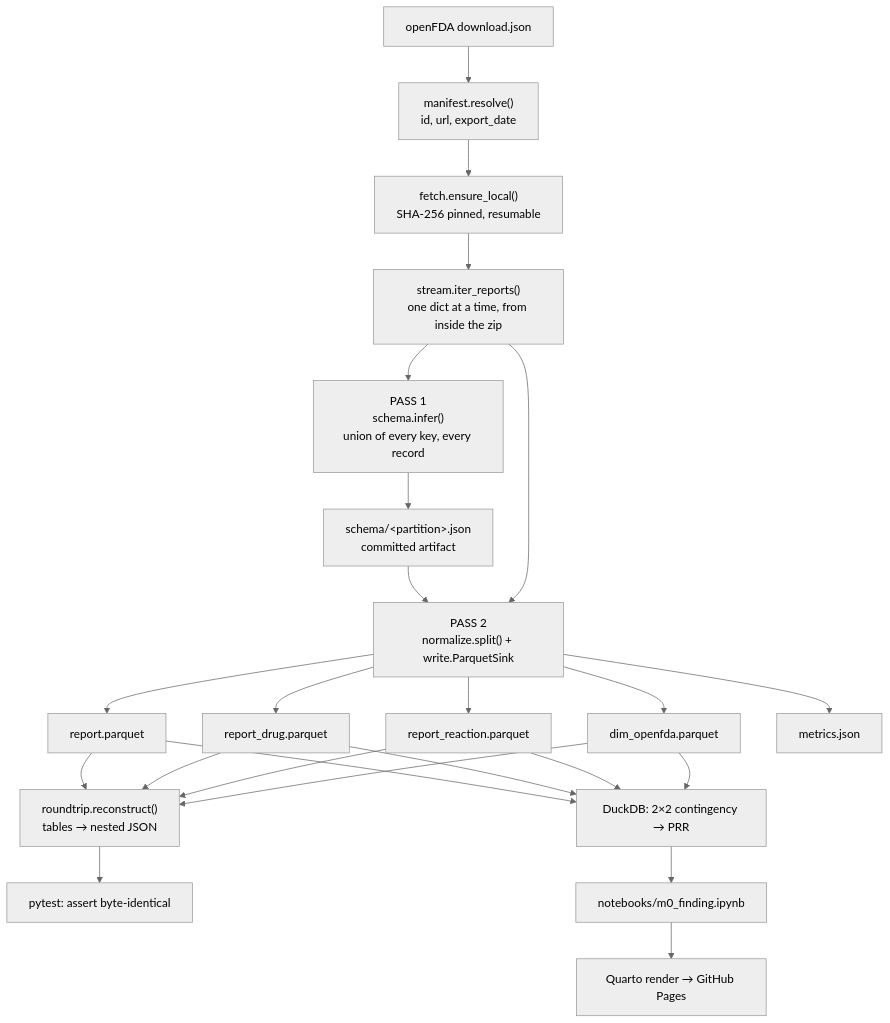
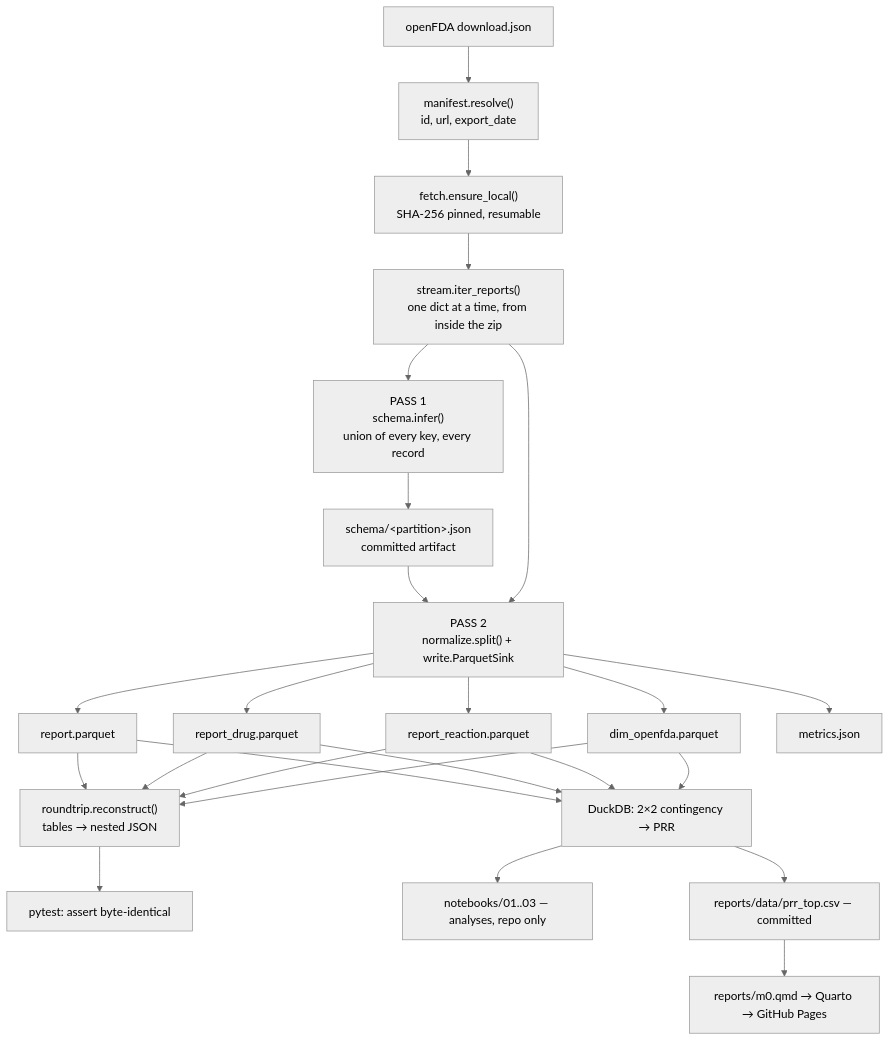
Before and after one commit to henriquepmartins/hindsight: the diagram in .specs/features/m0-walking-skeleton/design.md, drawn with Mermaid (neutral theme). The commit also changed other lines of this file and 2 other files, not shown here.

````diff
--- a/.specs/features/m0-walking-skeleton/design.md
+++ b/.specs/features/m0-walking-skeleton/design.md
@@ -24,24 +24,25 @@
 ```mermaid
 flowchart TD
     A["openFDA download.json"] --> B["manifest.resolve()<br/>id, url, export_date"]
     B --> C["fetch.ensure_local()<br/>SHA-256 pinned, resumable"]
     C --> D["stream.iter_reports()<br/>one dict at a time, from inside the zip"]
 
     D --> E["PASS 1<br/>schema.infer()<br/>union of every key, every record"]
     E --> F["schema/&lt;partition&gt;.json<br/>committed artifact"]
     F --> G["PASS 2<br/>normalize.split() + write.ParquetSink"]
     D --> G
 
     G --> H["report.parquet"]
     G --> I["report_drug.parquet"]
     G --> J["report_reaction.parquet"]
     G --> K["dim_openfda.parquet"]
     G --> L["metrics.json"]
 
     H & I & J & K --> M["roundtrip.reconstruct()<br/>tables → nested JSON"]
     M --> N["pytest: assert byte-identical"]
 
     H & I & J & K --> O["DuckDB: 2×2 contingency → PRR"]
-    O --> P["notebooks/m0_finding.ipynb"]
-    P --> Q["Quarto render → GitHub Pages"]
+    O --> P1["notebooks/01..03 — analyses, repo only"]
+    O --> P2["reports/data/prr_top.csv — committed"]
+    P2 --> Q["reports/m0.qmd → Quarto → GitHub Pages"]
 ```
````
